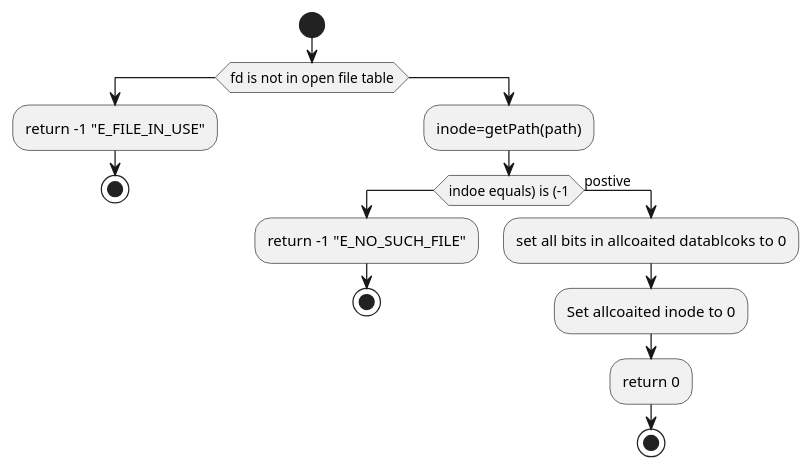
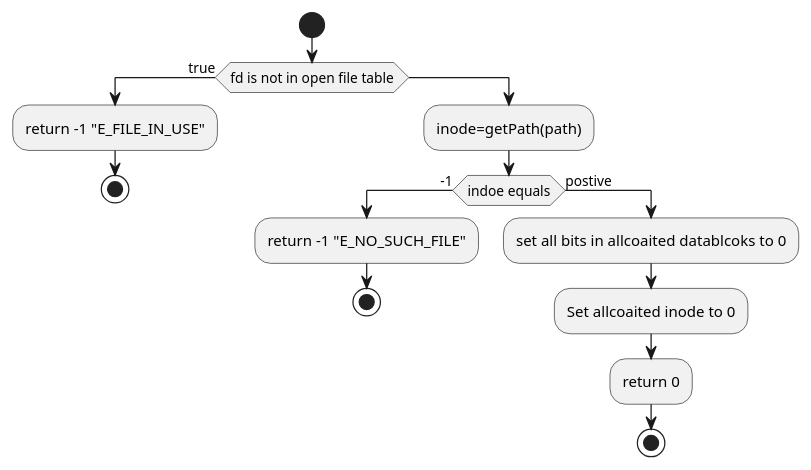
Before and after one commit to HawaiinPizza/CIS-450-final-project: diagram 12 of 21 in Plan.org, drawn with PlantUML. The commit also changed other lines of this file and 26 other files, not shown here.

```diff
--- a/Plan.org
+++ b/Plan.org
@@ -605,21 +541,21 @@
      #+BEGIN_SRC plantuml  :file Plant/FileDelete.png
      @startuml
      start
-	if(fd is not in open file table)
+	if(fd is not in open file table) then (true)
 		:return -1 "E_FILE_IN_USE";
 		stop
 	else
 		:inode=getPath(path);
-		if(indoe equals) is (-1)
+		if(indoe equals) then (-1)  
 			:return -1 "E_NO_SUCH_FILE";
 			stop
 		else (postive)
 			:set all bits in allcoaited datablcoks to 0;
 			:Set allcoaited inode to 0;
 			:return 0;
 			stop
 		endif
 		
 	endif
 	@enduml
      #+END_SRC
```
